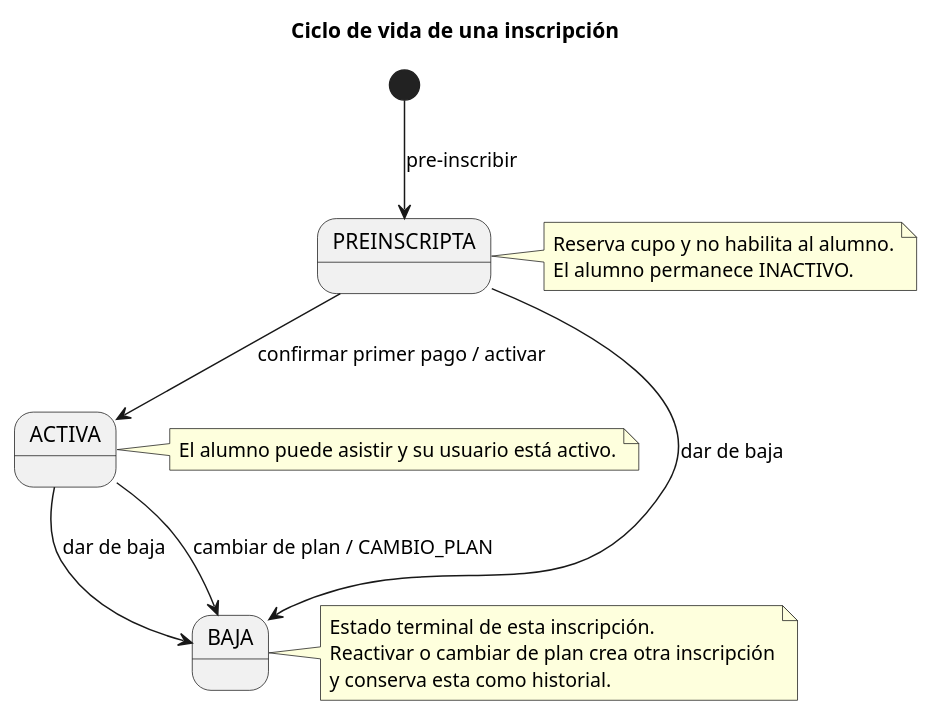
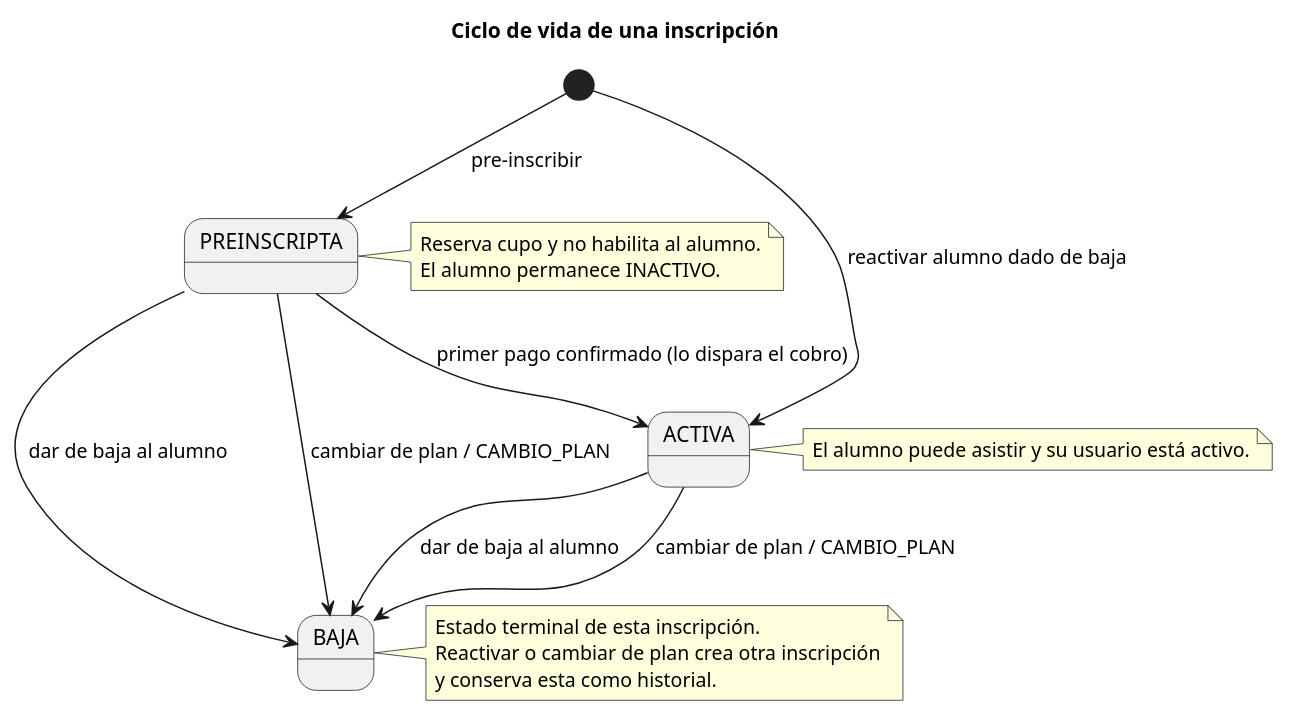
Before and after one commit to centro-fr/MiFR: the diagram in docs/diagrams/puml/estados_inscripcion.puml, drawn with PlantUML.

Commit message:
docs(diagramas): completar el ciclo de vida de la inscripción
El diagrama no mostraba dos transiciones que el código tiene: el cambio de plan también
cierra una inscripción PREINSCRIPTA, y la reactivación de un alumno crea la inscripción nueva
directamente en ACTIVA. La activación queda descrita como lo que es: la dispara el primer
pago confirmado, no una operación manual.

```diff
--- a/docs/diagrams/puml/estados_inscripcion.puml
+++ b/docs/diagrams/puml/estados_inscripcion.puml
@@ -1,25 +1,27 @@
 @startuml
 title Ciclo de vida de una inscripción
 
 [*] --> PREINSCRIPTA : pre-inscribir
-PREINSCRIPTA --> ACTIVA : confirmar primer pago / activar
-PREINSCRIPTA --> BAJA : dar de baja
-ACTIVA --> BAJA : dar de baja
+[*] --> ACTIVA : reactivar alumno dado de baja
+PREINSCRIPTA --> ACTIVA : primer pago confirmado (lo dispara el cobro)
+PREINSCRIPTA --> BAJA : dar de baja al alumno
+ACTIVA --> BAJA : dar de baja al alumno
+PREINSCRIPTA --> BAJA : cambiar de plan / CAMBIO_PLAN
 ACTIVA --> BAJA : cambiar de plan / CAMBIO_PLAN
 
 note right of PREINSCRIPTA
   Reserva cupo y no habilita al alumno.
   El alumno permanece INACTIVO.
 end note
 
 note right of ACTIVA
   El alumno puede asistir y su usuario está activo.
 end note
 
 note right of BAJA
   Estado terminal de esta inscripción.
   Reactivar o cambiar de plan crea otra inscripción
   y conserva esta como historial.
 end note
 
 @enduml
```
